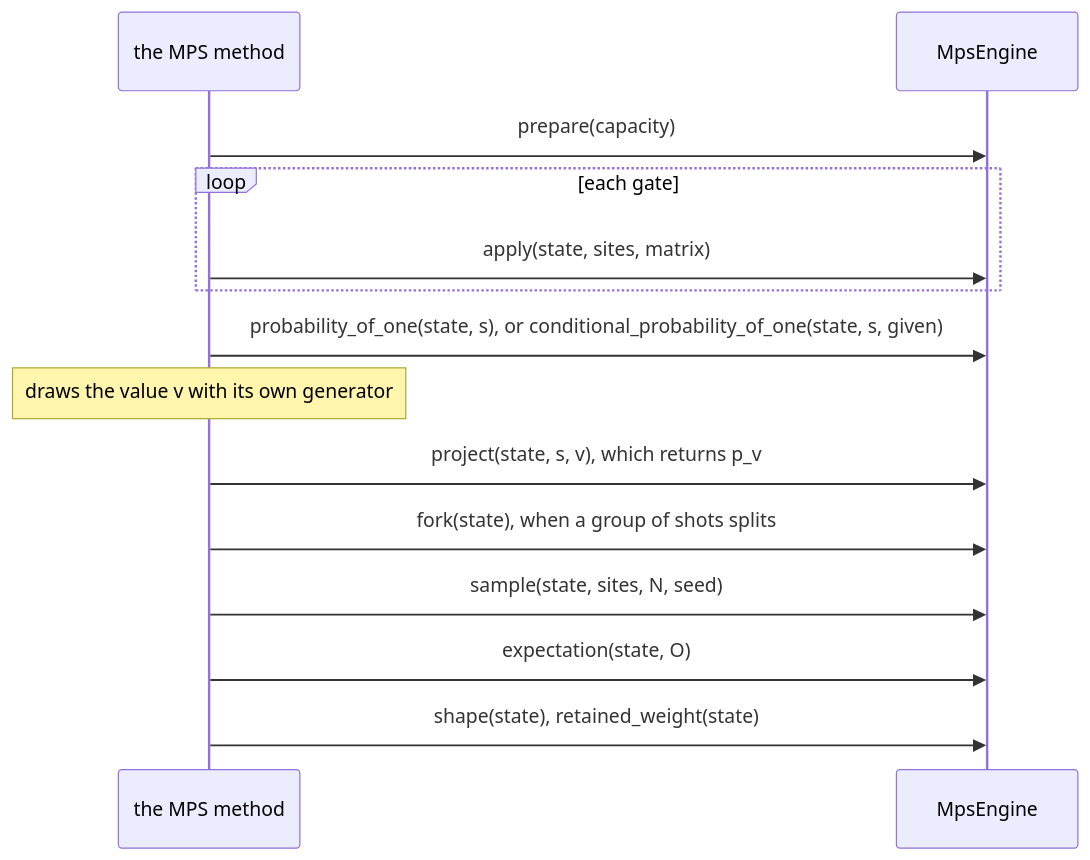
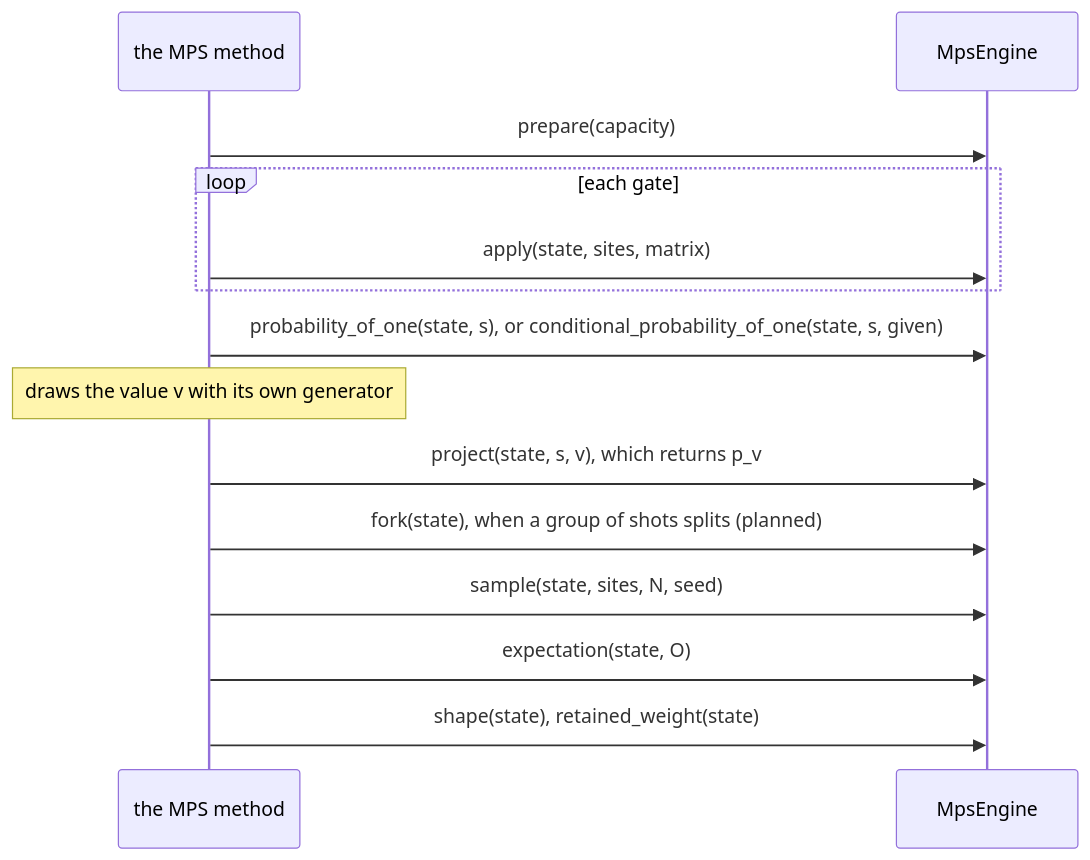
Before and after one commit to microsoft/qdk: the diagram in source/tensornet/README.md, drawn with Mermaid. The commit also changed other lines of this file and 3 other files, not shown here.

````diff
--- a/source/tensornet/README.md
+++ b/source/tensornet/README.md
@@ -116,16 +117,16 @@
 ```mermaid
 sequenceDiagram
   participant M as the MPS method
   participant E as MpsEngine
   M->>E: prepare(capacity)
   loop each gate
     M->>E: apply(state, sites, matrix)
   end
   M->>E: probability_of_one(state, s), or conditional_probability_of_one(state, s, given)
   Note over M: draws the value v with its own generator
   M->>E: project(state, s, v), which returns p_v
-  M->>E: fork(state), when a group of shots splits
+  M->>E: fork(state), when a group of shots splits (planned)
   M->>E: sample(state, sites, N, seed)
   M->>E: expectation(state, O)
   M->>E: shape(state), retained_weight(state)
 ```
````
